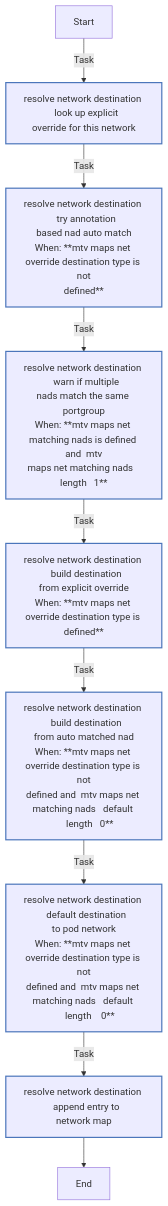
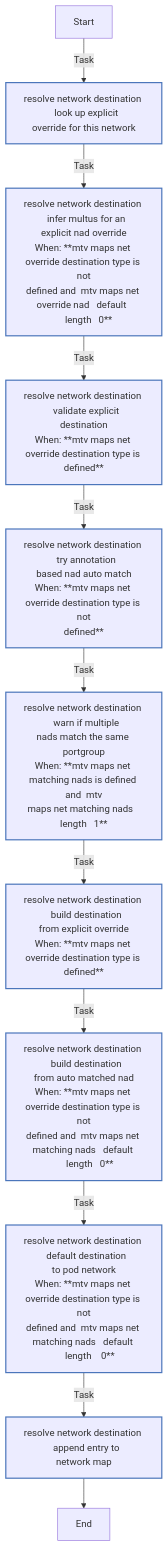
One commit to redhat-cop/openshift_virtualization_migration changed the second of 8 diagrams in roles/mtv_maps/README.md. Above: the diagram before and after it, drawn with Mermaid. The commit also changed other lines of this file and 3 other files, not shown here.

````diff
--- a/roles/mtv_maps/README.md
+++ b/roles/mtv_maps/README.md
@@ -375,21 +377,23 @@
 ```mermaid
 flowchart TD
 Start
 classDef block stroke:#3498db,stroke-width:2px;
 classDef task stroke:#4b76bb,stroke-width:2px;
 classDef includeTasks stroke:#16a085,stroke-width:2px;
 classDef importTasks stroke:#34495e,stroke-width:2px;
 classDef includeRole stroke:#2980b9,stroke-width:2px;
 classDef importRole stroke:#699ba7,stroke-width:2px;
 classDef includeVars stroke:#8e44ad,stroke-width:2px;
 classDef rescue stroke:#665352,stroke-width:2px;
 
   Start-->|Task| _resolve_network_destination___Look_up_explicit_override_for_this_network0[ resolve network destination   look up explicit<br>override for this network]:::task
-  _resolve_network_destination___Look_up_explicit_override_for_this_network0-->|Task| _resolve_network_destination___Try_annotation_based_NAD_auto_match1[ resolve network destination   try annotation<br>based nad auto match<br>When: **mtv maps net override destination type is not<br>defined**]:::task
-  _resolve_network_destination___Try_annotation_based_NAD_auto_match1-->|Task| _resolve_network_destination___Warn_if_multiple_NADs_match_the_same_portgroup2[ resolve network destination   warn if multiple<br>nads match the same portgroup<br>When: **mtv maps net matching nads is defined and  mtv<br>maps net matching nads   length   1**]:::task
-  _resolve_network_destination___Warn_if_multiple_NADs_match_the_same_portgroup2-->|Task| _resolve_network_destination___Build_destination_from_explicit_override3[ resolve network destination   build destination<br>from explicit override<br>When: **mtv maps net override destination type is defined**]:::task
-  _resolve_network_destination___Build_destination_from_explicit_override3-->|Task| _resolve_network_destination___Build_destination_from_auto_matched_NAD4[ resolve network destination   build destination<br>from auto matched nad<br>When: **mtv maps net override destination type is not<br>defined and  mtv maps net matching nads   default <br>     length   0**]:::task
-  _resolve_network_destination___Build_destination_from_auto_matched_NAD4-->|Task| _resolve_network_destination___Default_destination_to_pod_network5[ resolve network destination   default destination<br>to pod network<br>When: **mtv maps net override destination type is not<br>defined and  mtv maps net matching nads   default <br>     length    0**]:::task
-  _resolve_network_destination___Default_destination_to_pod_network5-->|Task| _resolve_network_destination___Append_entry_to_network_map6[ resolve network destination   append entry to<br>network map]:::task
-  _resolve_network_destination___Append_entry_to_network_map6-->End
+  _resolve_network_destination___Look_up_explicit_override_for_this_network0-->|Task| _resolve_network_destination___Infer_multus_for_an_explicit_NAD_override1[ resolve network destination   infer multus for an<br>explicit nad override<br>When: **mtv maps net override destination type is not<br>defined and  mtv maps net override nad   default  <br>    length   0**]:::task
+  _resolve_network_destination___Infer_multus_for_an_explicit_NAD_override1-->|Task| _resolve_network_destination___Validate_explicit_destination2[ resolve network destination   validate explicit<br>destination<br>When: **mtv maps net override destination type is defined**]:::task
+  _resolve_network_destination___Validate_explicit_destination2-->|Task| _resolve_network_destination___Try_annotation_based_NAD_auto_match3[ resolve network destination   try annotation<br>based nad auto match<br>When: **mtv maps net override destination type is not<br>defined**]:::task
+  _resolve_network_destination___Try_annotation_based_NAD_auto_match3-->|Task| _resolve_network_destination___Warn_if_multiple_NADs_match_the_same_portgroup4[ resolve network destination   warn if multiple<br>nads match the same portgroup<br>When: **mtv maps net matching nads is defined and  mtv<br>maps net matching nads   length   1**]:::task
+  _resolve_network_destination___Warn_if_multiple_NADs_match_the_same_portgroup4-->|Task| _resolve_network_destination___Build_destination_from_explicit_override5[ resolve network destination   build destination<br>from explicit override<br>When: **mtv maps net override destination type is defined**]:::task
+  _resolve_network_destination___Build_destination_from_explicit_override5-->|Task| _resolve_network_destination___Build_destination_from_auto_matched_NAD6[ resolve network destination   build destination<br>from auto matched nad<br>When: **mtv maps net override destination type is not<br>defined and  mtv maps net matching nads   default <br>     length   0**]:::task
+  _resolve_network_destination___Build_destination_from_auto_matched_NAD6-->|Task| _resolve_network_destination___Default_destination_to_pod_network7[ resolve network destination   default destination<br>to pod network<br>When: **mtv maps net override destination type is not<br>defined and  mtv maps net matching nads   default <br>     length    0**]:::task
+  _resolve_network_destination___Default_destination_to_pod_network7-->|Task| _resolve_network_destination___Append_entry_to_network_map8[ resolve network destination   append entry to<br>network map]:::task
+  _resolve_network_destination___Append_entry_to_network_map8-->End
 ```
````
